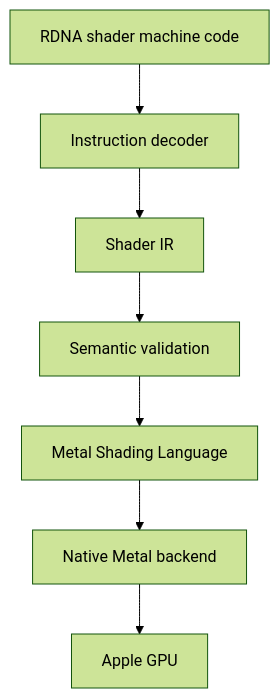
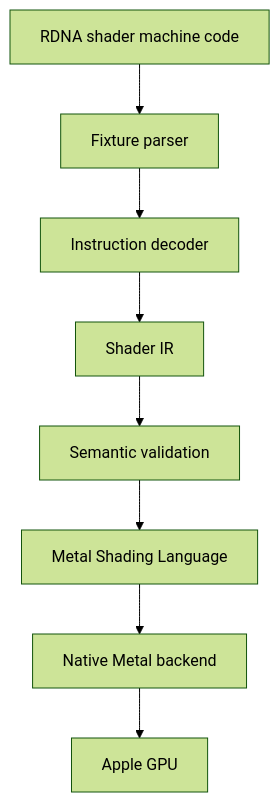
Before and after one commit to 1Bartosz/Xenora: the diagram in README.md, drawn with Mermaid (forest theme). The commit also changed other lines of this file and 9 other files, not shown here.

````diff
--- a/README.md
+++ b/README.md
@@ -19,9 +19,10 @@
 ```mermaid
 flowchart TD
-    A[RDNA shader machine code] --> B[Instruction decoder]
+    A[RDNA shader machine code] --> P[Fixture parser]
+    P --> B[Instruction decoder]
     B --> C[Shader IR]
     C --> D[Semantic validation]
     D --> E[Metal Shading Language]
     E --> F[Native Metal backend]
     F --> G[Apple GPU]
 ```
````
